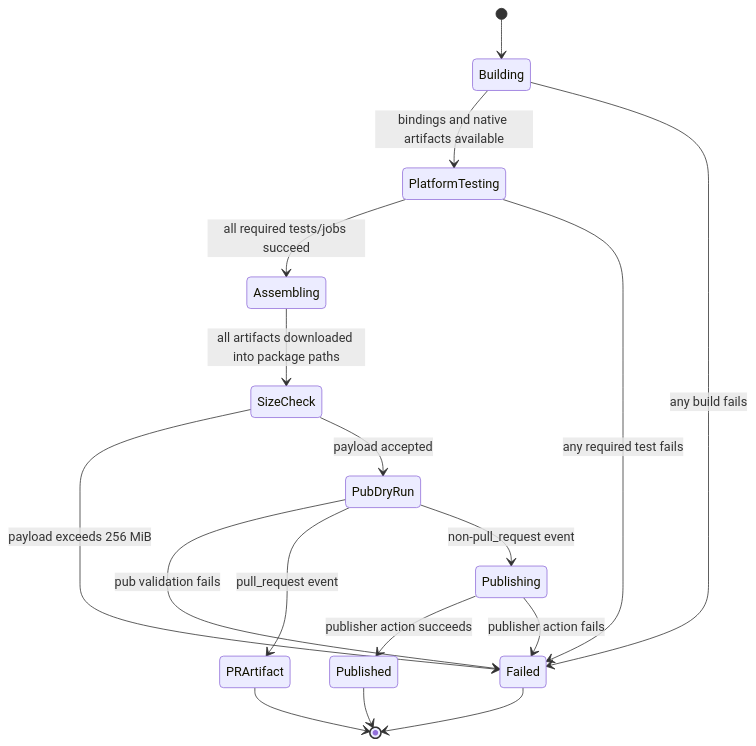
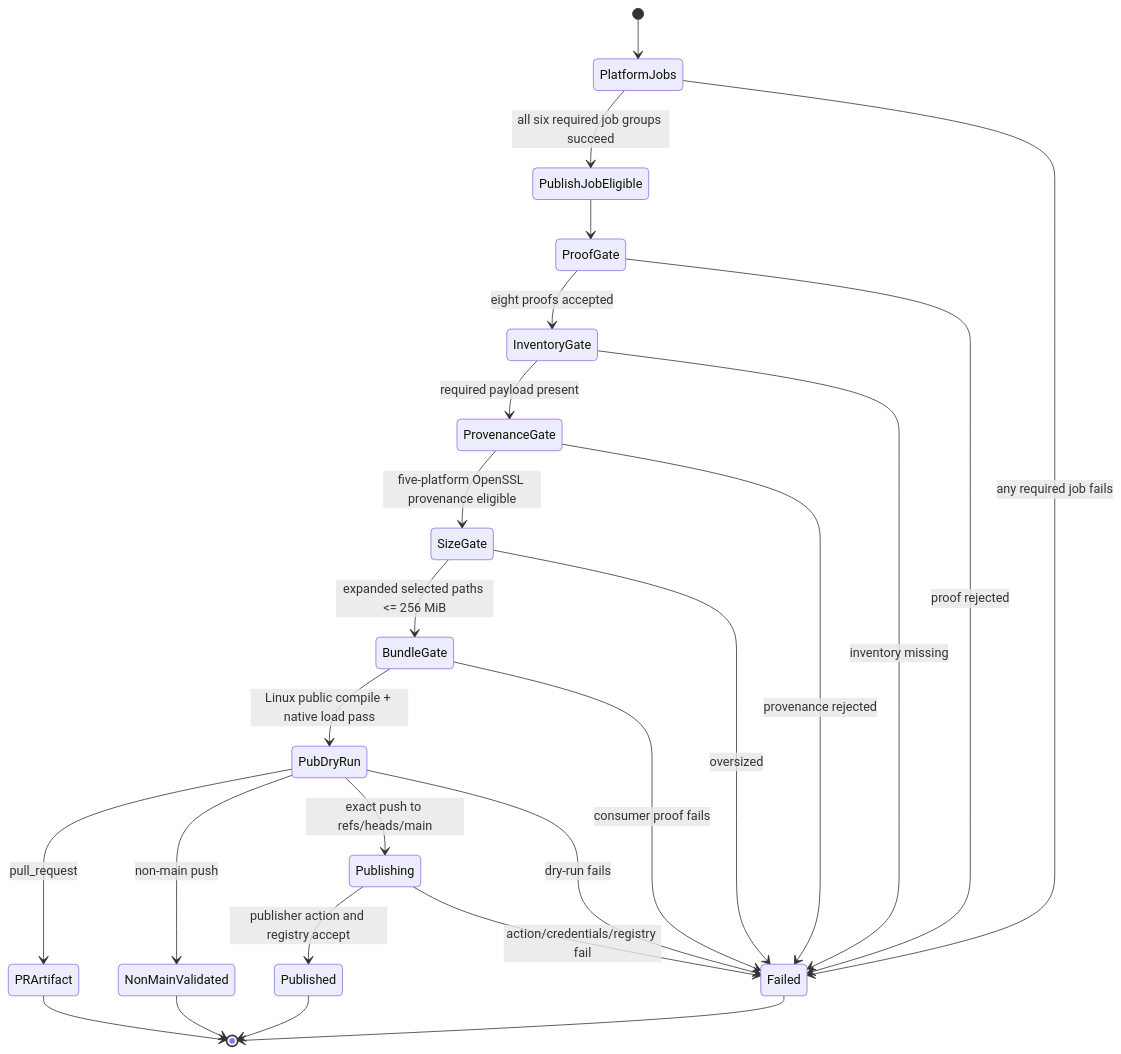
Before and after one commit to DartGit-dev/git2dart_binaries: the ninth of 9 diagrams in .reversa/_reversa_sdd/state-machines.md, drawn with Mermaid. The commit also changed other lines of this file and 250 other files, not shown here.

Commit message:
Implement behavior-proof validation and harden platform proof gate

````diff
--- a/.reversa/_reversa_sdd/state-machines.md
+++ b/.reversa/_reversa_sdd/state-machines.md
@@ -67,19 +195,27 @@
 ```mermaid
 stateDiagram-v2
-  [*] --> Building
-  Building --> PlatformTesting: bindings and native artifacts available
-  Building --> Failed: any build fails
-  PlatformTesting --> Assembling: all required tests/jobs succeed
-  PlatformTesting --> Failed: any required test fails
-  Assembling --> SizeCheck: all artifacts downloaded into package paths
-  SizeCheck --> Failed: payload exceeds 256 MiB
-  SizeCheck --> PubDryRun: payload accepted
-  PubDryRun --> Failed: pub validation fails
-  PubDryRun --> PRArtifact: pull_request event
-  PubDryRun --> Publishing: non-pull_request event
+  [*] --> PlatformJobs
+  PlatformJobs --> PublishJobEligible: all six required job groups succeed
+  PlatformJobs --> Failed: any required job fails
+  PublishJobEligible --> ProofGate
+  ProofGate --> InventoryGate: eight proofs accepted
+  ProofGate --> Failed: proof rejected
+  InventoryGate --> ProvenanceGate: required payload present
+  InventoryGate --> Failed: inventory missing
+  ProvenanceGate --> SizeGate: five-platform OpenSSL provenance eligible
+  ProvenanceGate --> Failed: provenance rejected
+  SizeGate --> BundleGate: expanded selected paths <= 256 MiB
+  SizeGate --> Failed: oversized
+  BundleGate --> PubDryRun: Linux public compile + native load pass
+  BundleGate --> Failed: consumer proof fails
+  PubDryRun --> PRArtifact: pull_request
+  PubDryRun --> NonMainValidated: non-main push
+  PubDryRun --> Publishing: exact push to refs/heads/main
+  PubDryRun --> Failed: dry-run fails
+  Publishing --> Published: publisher action and registry accept
+  Publishing --> Failed: action/credentials/registry fail
   PRArtifact --> [*]
-  Publishing --> Published: publisher action succeeds
-  Publishing --> Failed: publisher action fails
+  NonMainValidated --> [*]
   Published --> [*]
   Failed --> [*]
 ```
````
